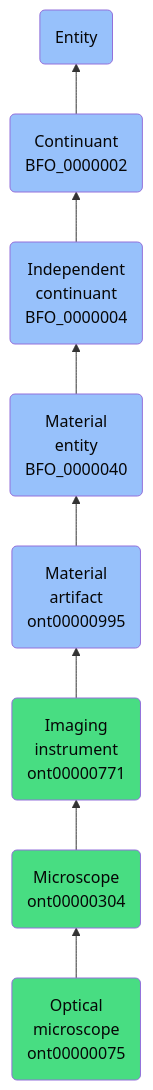
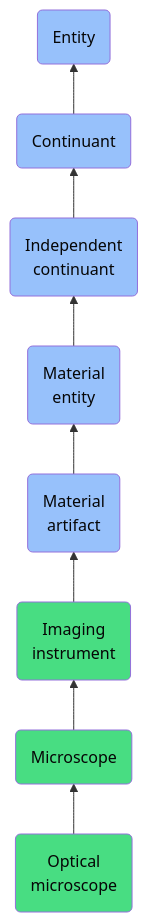
Before and after one commit to jupyter-naas/abi: the diagram in docs/ontology/reference/model/Entity/Continuant/Independent continuant/Material entity/Material artifact/Imaging instrument/Microscope/Optical microscope/Optical microscope.md, drawn with Mermaid. The commit also changed other lines of this file and 1430 other files, not shown here.

````diff
--- a/docs/ontology/reference/model/Entity/Continuant/Independent continuant/Material entity/Material artifact/Imaging instrument/Microscope/Optical microscope/Optical microscope.md
+++ b/docs/ontology/reference/model/Entity/Continuant/Independent continuant/Material entity/Material artifact/Imaging instrument/Microscope/Optical microscope/Optical microscope.md
@@ -24,15 +24,15 @@
 ```mermaid
 graph BT
-    ont00000075(Optical<br>microscope<br>ont00000075):::ABI-->ont00000304
-    ont00000304(Microscope<br>ont00000304):::ABI-->ont00000771
-    ont00000771(Imaging<br>instrument<br>ont00000771):::ABI-->ont00000995
-    ont00000995(Material<br>artifact<br>ont00000995):::BFO-->BFO_0000040
-    BFO_0000040(Material<br>entity<br>BFO_0000040):::BFO-->BFO_0000004
-    BFO_0000004(Independent<br>continuant<br>BFO_0000004):::BFO-->BFO_0000002
-    BFO_0000002(Continuant<br>BFO_0000002):::BFO-->BFO_0000001
+    ont00000075(Optical<br>microscope):::ABI-->ont00000304
+    ont00000304(Microscope):::ABI-->ont00000771
+    ont00000771(Imaging<br>instrument):::ABI-->ont00000995
+    ont00000995(Material<br>artifact):::BFO-->BFO_0000040
+    BFO_0000040(Material<br>entity):::BFO-->BFO_0000004
+    BFO_0000004(Independent<br>continuant):::BFO-->BFO_0000002
+    BFO_0000002(Continuant):::BFO-->BFO_0000001
     BFO_0000001(Entity):::BFO
     
     classDef BFO fill:#97c1fb,color:#060606
     classDef CCO fill:#e4c51e,color:#060606
     classDef ABI fill:#48DD82,color:#060606
 ```
````
